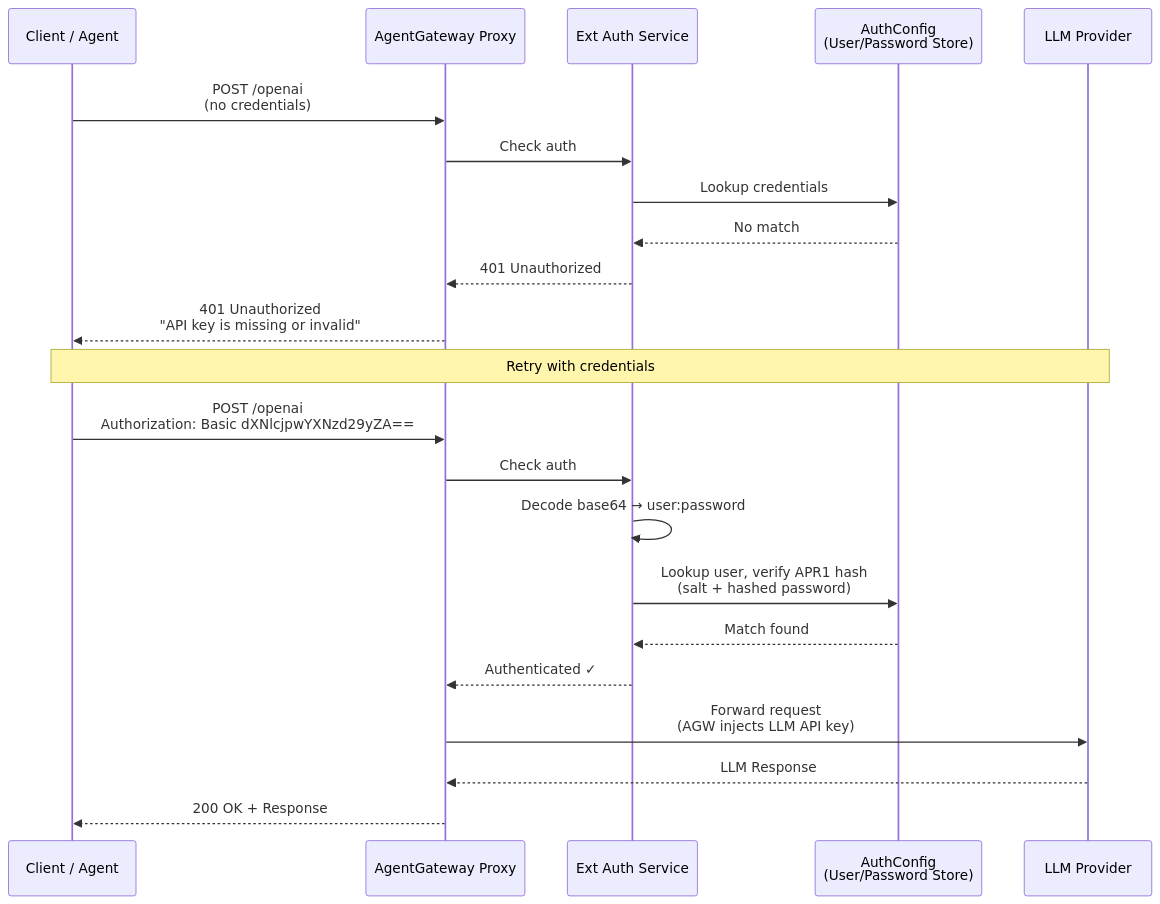
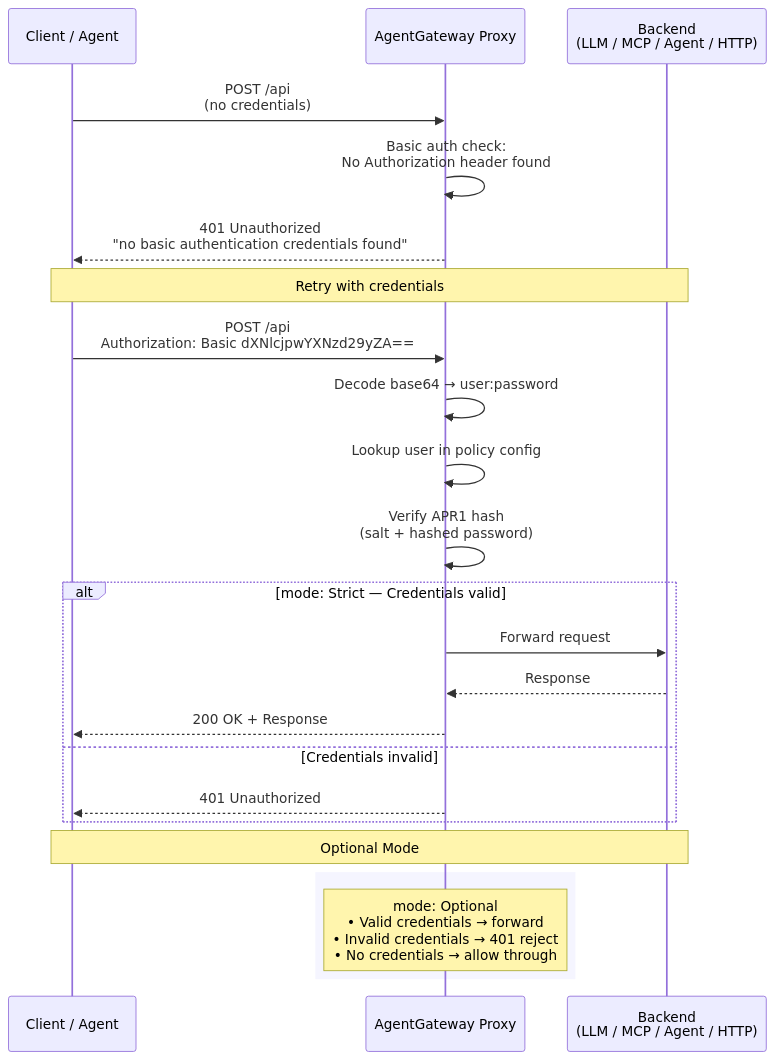
One commit to find-arka/diagrams changed the fourth of 14 diagrams in agentgateway/security/README.md. Above: the diagram before and after it, drawn with Mermaid. The commit also changed other lines of this file, not shown here.

Commit message:
Incorporate basic auth suggestions

````diff
--- a/agentgateway/security/README.md
+++ b/agentgateway/security/README.md
@@ -189,27 +192,34 @@
 ```mermaid
 sequenceDiagram
     participant C as Client / Agent
     participant AGW as AgentGateway Proxy
-    participant EA as Ext Auth Service
-    participant AC as AuthConfig<br/>(User/Password Store)
-    participant LLM as LLM Provider
+    participant Backend as Backend<br/>(LLM / MCP / Agent / HTTP)
 
-    C->>AGW: POST /openai<br/>(no credentials)
-    AGW->>EA: Check auth
-    EA->>AC: Lookup credentials
-    AC-->>EA: No match
-    EA-->>AGW: 401 Unauthorized
-    AGW-->>C: 401 Unauthorized<br/>"API key is missing or invalid"
+    C->>AGW: POST /api<br/>(no credentials)
 
-    Note over C,LLM: Retry with credentials
+    AGW->>AGW: Basic auth check:<br/>No Authorization header found
 
-    C->>AGW: POST /openai<br/>Authorization: Basic dXNlcjpwYXNzd29yZA==
-    AGW->>EA: Check auth
-    EA->>EA: Decode base64 → user:password
-    EA->>AC: Lookup user, verify APR1 hash<br/>(salt + hashed password)
-    AC-->>EA: Match found
-    EA-->>AGW: Authenticated ✓
-    AGW->>LLM: Forward request<br/>(AGW injects LLM API key)
-    LLM-->>AGW: LLM Response
-    AGW-->>C: 200 OK + Response
+    AGW-->>C: 401 Unauthorized<br/>"no basic authentication credentials found"
+
+    Note over C,Backend: Retry with credentials
+
+    C->>AGW: POST /api<br/>Authorization: Basic dXNlcjpwYXNzd29yZA==
+
+    AGW->>AGW: Decode base64 → user:password
+    AGW->>AGW: Lookup user in policy config
+    AGW->>AGW: Verify APR1 hash<br/>(salt + hashed password)
+
+    alt mode: Strict — Credentials valid
+        AGW->>Backend: Forward request
+        Backend-->>AGW: Response
+        AGW-->>C: 200 OK + Response
+    else Credentials invalid
+        AGW-->>C: 401 Unauthorized
+    end
+
+    Note over C,Backend: Optional Mode
+
+    rect rgb(245, 245, 255)
+        Note over AGW: mode: Optional<br/>• Valid credentials → forward<br/>• Invalid credentials → 401 reject<br/>• No credentials → allow through
+    end
 ```
````
